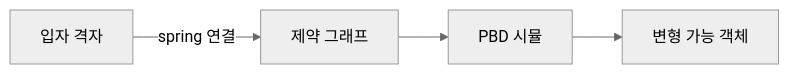
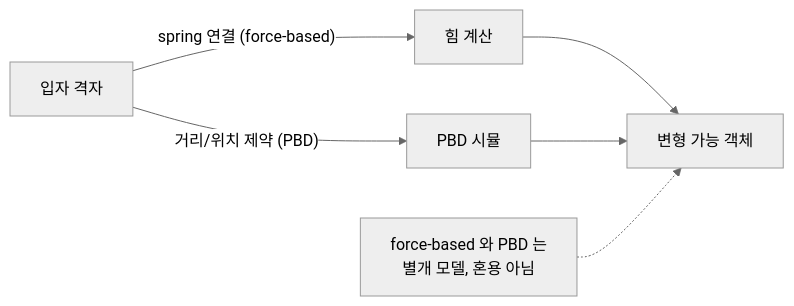
One commit to Rein-ArXiv/game-dev-curriculum changed the first of 5 diagrams in physics/part17_soft_body.md. Above: the diagram before and after it, drawn with Mermaid (neutral theme). The commit also changed other lines of this file and 279 other files, not shown here.

````diff
--- a/physics/part17_soft_body.md
+++ b/physics/part17_soft_body.md
@@ -52,6 +52,8 @@
 ```mermaid
 flowchart LR
-    A[입자 격자] -->|spring 연결| B[제약 그래프]
-    B --> C[PBD 시뮬]
-    C --> D[변형 가능 객체]
+    A[입자 격자] -->|"spring 연결 (force-based)"| Force[힘 계산]
+    A -->|"거리/위치 제약 (PBD)"| PBD[PBD 시뮬]
+    Force --> D[변형 가능 객체]
+    PBD --> D
+    Note[force-based 와 PBD 는<br/>별개 모델, 혼용 아님] -.-> D
 ```
````
